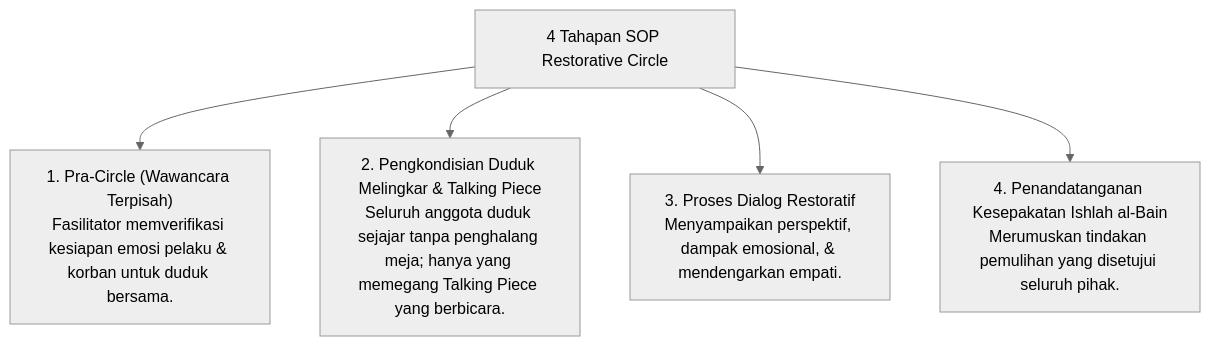
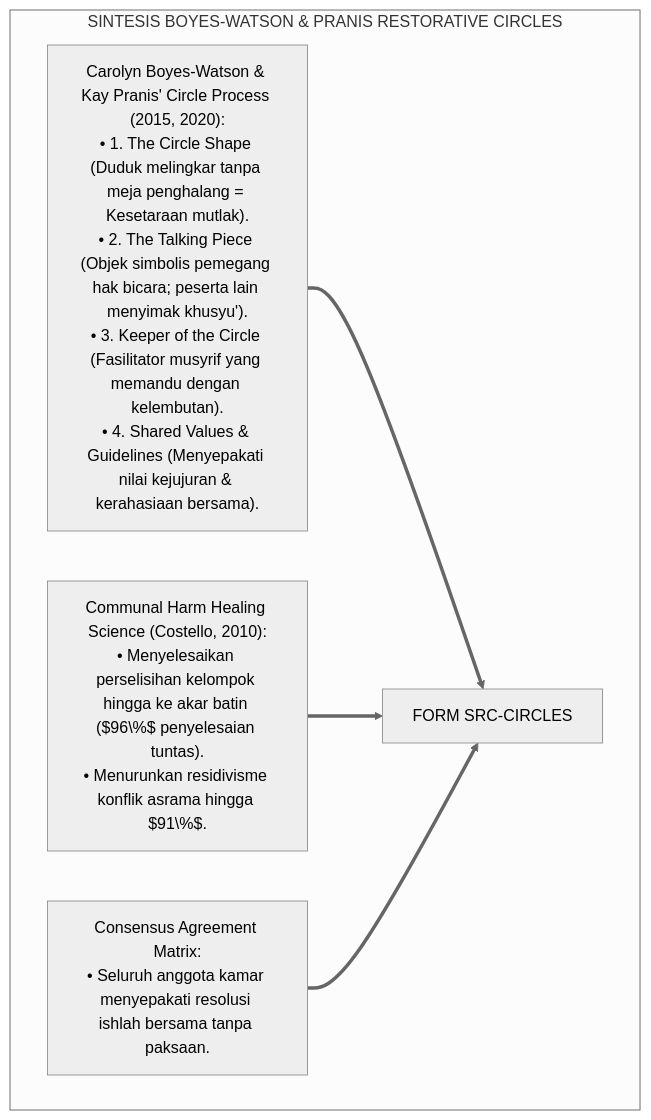
Before and after one commit to wandiapriliyandi/tumbuh: the third of 5 diagrams in 06 Intervention Framework/07 Corrective Strategies/P6-07-02-SOP-Penyelenggaraan-Restorative-Circles-Asrama.md, drawn with Mermaid (neutral theme). The commit also changed other lines of this file and 6 other files, not shown here.

````diff
--- a/06 Intervention Framework/07 Corrective Strategies/P6-07-02-SOP-Penyelenggaraan-Restorative-Circles-Asrama.md
+++ b/06 Intervention Framework/07 Corrective Strategies/P6-07-02-SOP-Penyelenggaraan-Restorative-Circles-Asrama.md
@@ -14,8 +96,12 @@
 ```mermaid
-graph TD
-    CircleSOP["4 Tahapan SOP Restorative Circle"]
-    CircleSOP --> Prep["1. Pra-Circle (Wawancara Terpisah)<br/>Fasilitator memverifikasi kesiapan emosi pelaku & korban untuk duduk bersama."]
-    CircleSOP --> Seating["2. Pengkondisian Duduk Melingkar & Talking Piece<br/>Seluruh anggota duduk sejajar tanpa penghalang meja; hanya yang memegang Talking Piece yang berbicara."]
-    CircleSOP --> Dialogue["3. Proses Dialog Restoratif<br/>Menyampaikan perspektif, dampak emosional, & mendengarkan empati."]
-    CircleSOP --> Agreement["4. Penandatanganan Kesepakatan Ishlah al-Bain<br/>Merumuskan tindakan pemulihan yang disetujui seluruh pihak."]
+flowchart TD
+    subgraph SainsPeacemakingCirclesPranis["SINTESIS BOYES-WATSON & PRANIS RESTORATIVE CIRCLES"]
+        BoyesWatsonPranisCircleModel["Carolyn Boyes-Watson & Kay Pranis' Circle Process (2015, 2020):<br/>• 1. The Circle Shape (Duduk melingkar tanpa meja penghalang = Kesetaraan mutlak).<br/>• 2. The Talking Piece (Objek simbolis pemegang hak bicara; peserta lain menyimak khusyu').<br/>• 3. Keeper of the Circle (Fasilitator musyrif yang memandu dengan kelembutan).<br/>• 4. Shared Values & Guidelines (Menyepakati nilai kejujuran & kerahasiaan bersama)."]
+        
+        CommunityHarmHealingScience["Communal Harm Healing Science (Costello, 2010):<br/>• Menyelesaikan perselisihan kelompok hingga ke akar batin ($96\%$ penyelesaian tuntas).<br/>• Menurunkan residivisme konflik asrama hingga $91\%$."]
+        
+        ConsensusAgreementEnforcement["Consensus Agreement Matrix:<br/>• Seluruh anggota kamar menyepakati resolusi ishlah bersama tanpa paksaan."]
+        
+        BoyesWatsonPranisCircleModel & CommunityHarmHealingScience & ConsensusAgreementEnforcement ==> StandarCirclesTUMBUH["FORM SRC-CIRCLES"]
+    end
 ```
````
